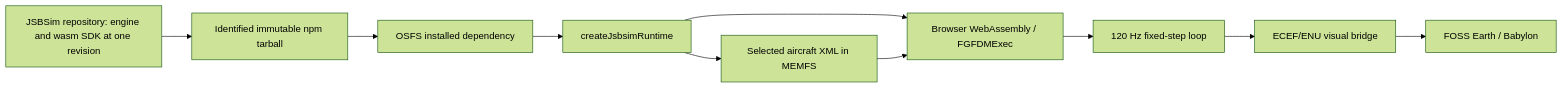
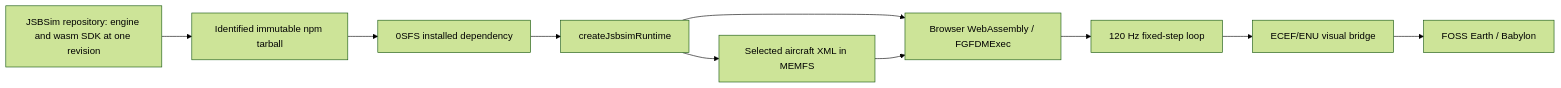
Before and after one commit to 0SFS/0SFS.github.io: the diagram in docs/jsbsim.md, drawn with Mermaid (forest theme). The commit also changed other lines of this file and 52 other files, not shown here.

````diff
--- a/docs/jsbsim.md
+++ b/docs/jsbsim.md
@@ -29,12 +29,12 @@
 ```mermaid
 flowchart LR
   Source[JSBSim repository: engine and wasm SDK at one revision] --> Package[Identified immutable npm tarball]
-  Package --> App[OSFS installed dependency]
+  Package --> App[0SFS installed dependency]
   App --> Runtime[createJsbsimRuntime]
   Runtime --> WASM[Browser WebAssembly / FGFDMExec]
   Runtime --> Data[Selected aircraft XML in MEMFS]
   Data --> WASM
   WASM --> Loop[120 Hz fixed-step loop]
   Loop --> Bridge[ECEF/ENU visual bridge]
   Bridge --> Earth[FOSS Earth / Babylon]
 ```
````
